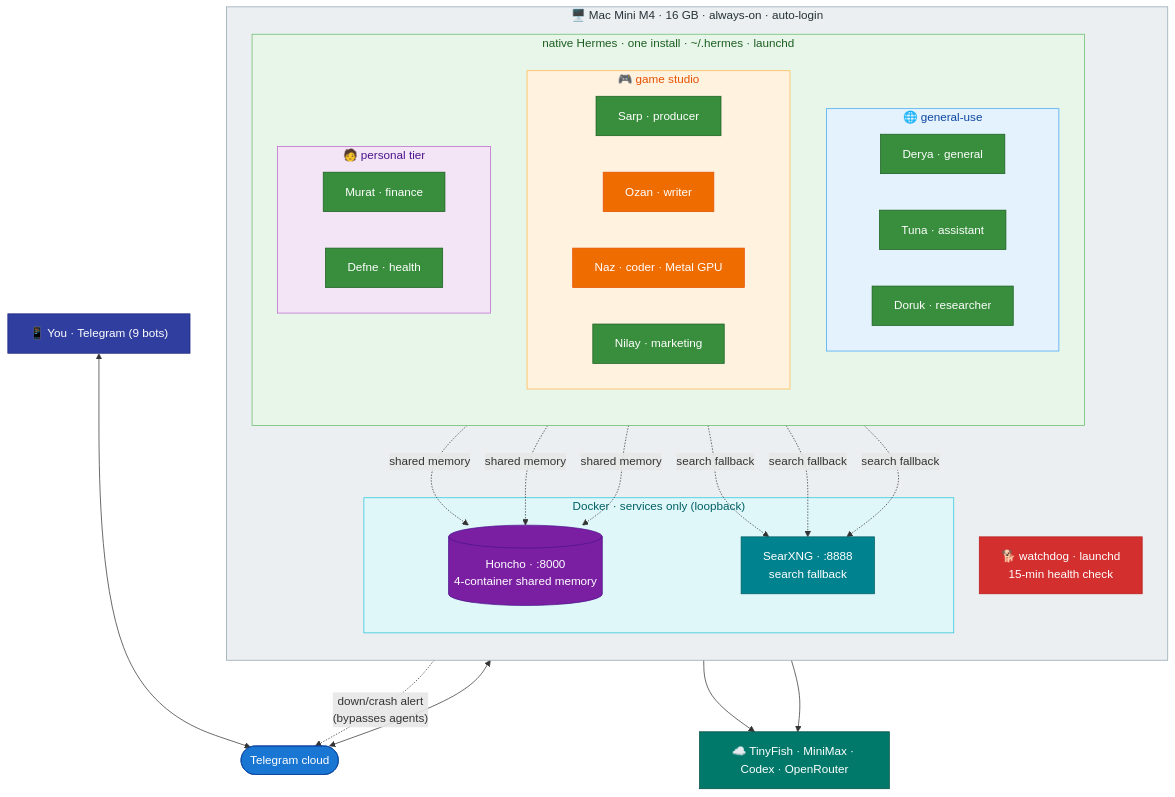
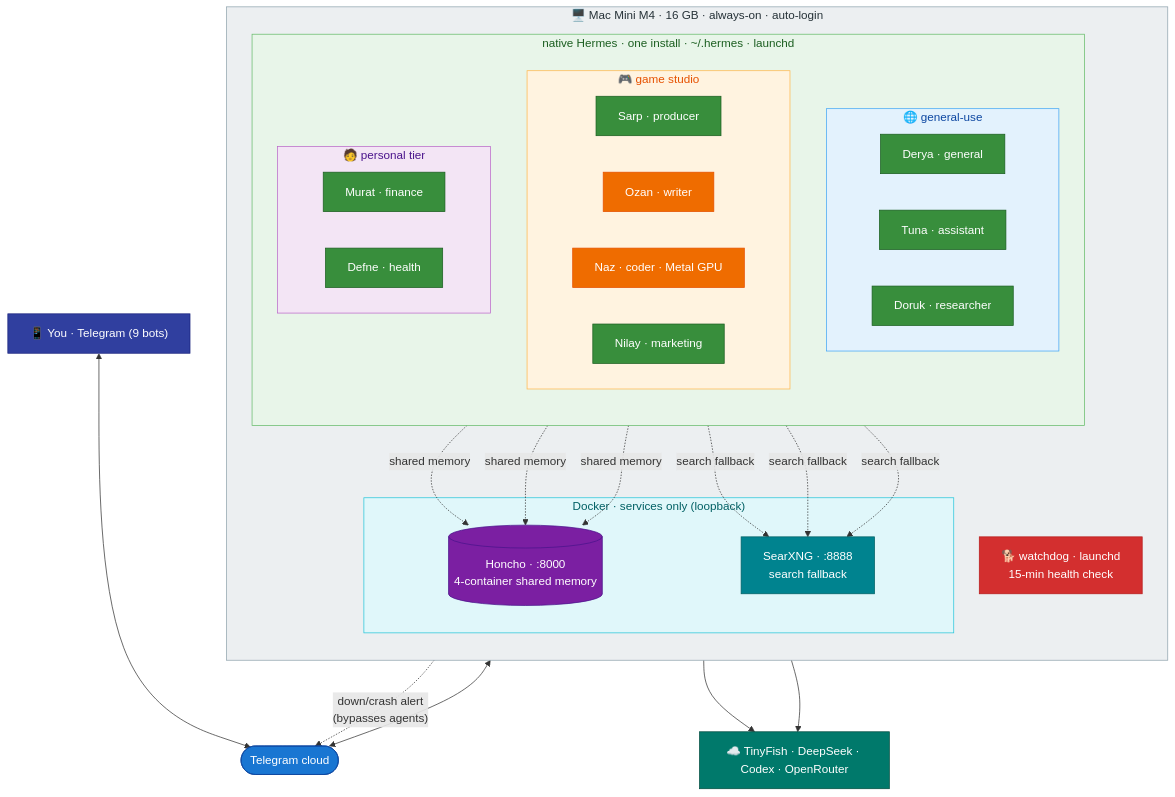
The first of 5 diagrams in README.md (mpolatcan/hermes-setup), drawn with Mermaid before and after one commit. The commit also changed other lines of this file and 12 other files, not shown here.

First line of the commit message:
docs: sync to live system — DeepSeek primary, no extract backend, 4GB VM

````diff
--- a/README.md
+++ b/README.md
@@ -13,60 +13,60 @@
 ```mermaid
 flowchart TB
     you["📱 You · Telegram (9 bots)"]:::user
     you <--> tg(["Telegram cloud"]):::net
 
     subgraph mini["🖥️ Mac Mini M4 · 16 GB · always-on · auto-login"]
         direction TB
         subgraph hermes["native Hermes · one install · ~/.hermes · launchd"]
             direction TB
             subgraph gen["🌐 general-use"]
                 Derya["Derya · general"]:::mini
                 Tuna["Tuna · assistant"]:::mini
                 Doruk["Doruk · researcher"]:::mini
             end
             subgraph studio["🎮 game studio"]
                 Sarp["Sarp · producer"]:::mini
                 Ozan["Ozan · writer"]:::codex
                 Naz["Naz · coder · Metal GPU"]:::codex
                 Nilay["Nilay · marketing"]:::mini
             end
             subgraph personal["🧑 personal tier"]
                 Murat["Murat · finance"]:::mini
                 Defne["Defne · health"]:::mini
             end
         end
         wd["🐕 watchdog · launchd<br/>15-min health check"]:::wd
         subgraph svc["Docker · services only (loopback)"]
             Honcho[("Honcho · :8000<br/>4-container shared memory")]:::infra
             SearXNG["SearXNG · :8888<br/>search fallback"]:::svc
         end
     end
 
     tg <--> hermes
     gen -. shared memory .-> Honcho
     studio -. shared memory .-> Honcho
     personal -. shared memory .-> Honcho
     gen -. "search fallback" .-> SearXNG
     studio -. "search fallback" .-> SearXNG
     personal -. "search fallback" .-> SearXNG
     wd -. "down/crash alert<br/>(bypasses agents)" .-> tg
 
-    ext["☁️ TinyFish · MiniMax · Codex · OpenRouter"]:::ext
+    ext["☁️ TinyFish · DeepSeek · Codex · OpenRouter"]:::ext
     hermes --> ext
     Honcho --> ext
 
     classDef user fill:#303F9F,stroke:#1A237E,color:#fff
     classDef net fill:#1976D2,stroke:#0D47A1,color:#fff
     classDef mini fill:#388E3C,stroke:#1B5E20,color:#fff
     classDef codex fill:#EF6C00,stroke:#E65100,color:#fff
     classDef infra fill:#7B1FA2,stroke:#4A148C,color:#fff
     classDef svc fill:#00838F,stroke:#006064,color:#fff
     classDef ext fill:#00796B,stroke:#004D40,color:#fff
     classDef wd fill:#D32F2F,stroke:#B71C1C,color:#fff
     style mini fill:#ECEFF1,stroke:#90A4AE,color:#263238
     style hermes fill:#E8F5E9,stroke:#66BB6A,color:#1B5E20
     style gen fill:#E3F2FD,stroke:#42A5F5,color:#0D47A1
     style studio fill:#FFF3E0,stroke:#FFB74D,color:#E65100
     style personal fill:#F3E5F5,stroke:#BA68C8,color:#4A148C
     style svc fill:#E0F7FA,stroke:#26C6DA,color:#006064
 ```
````
